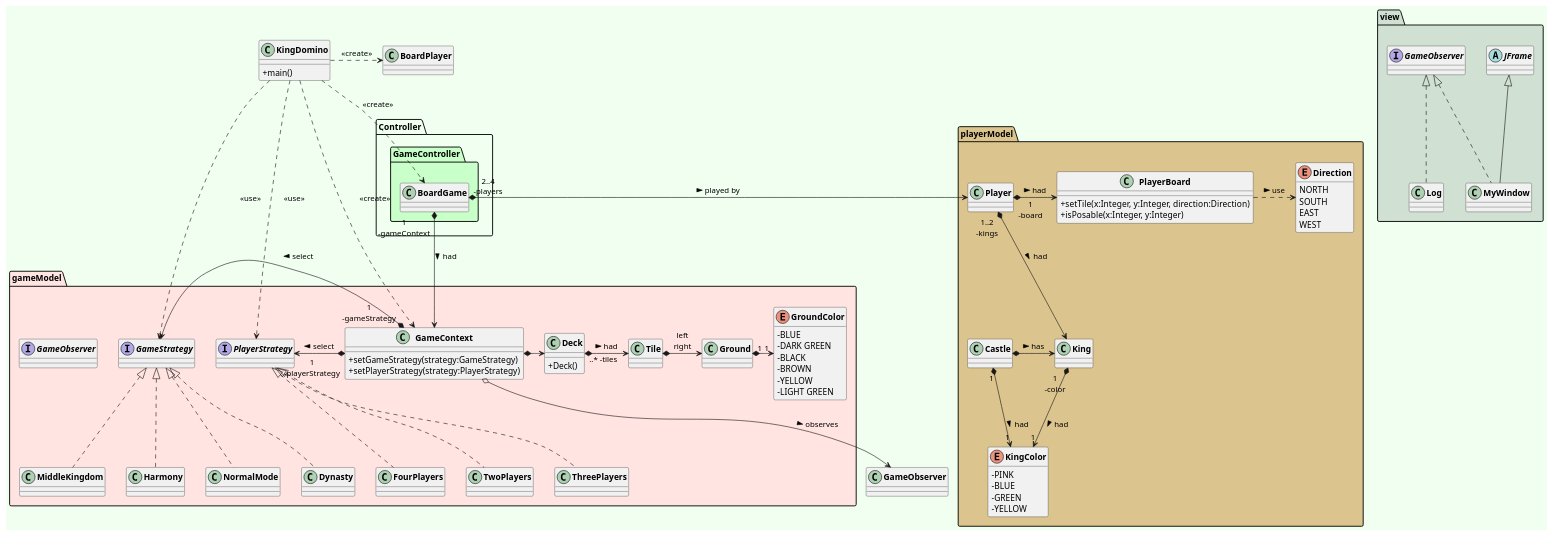
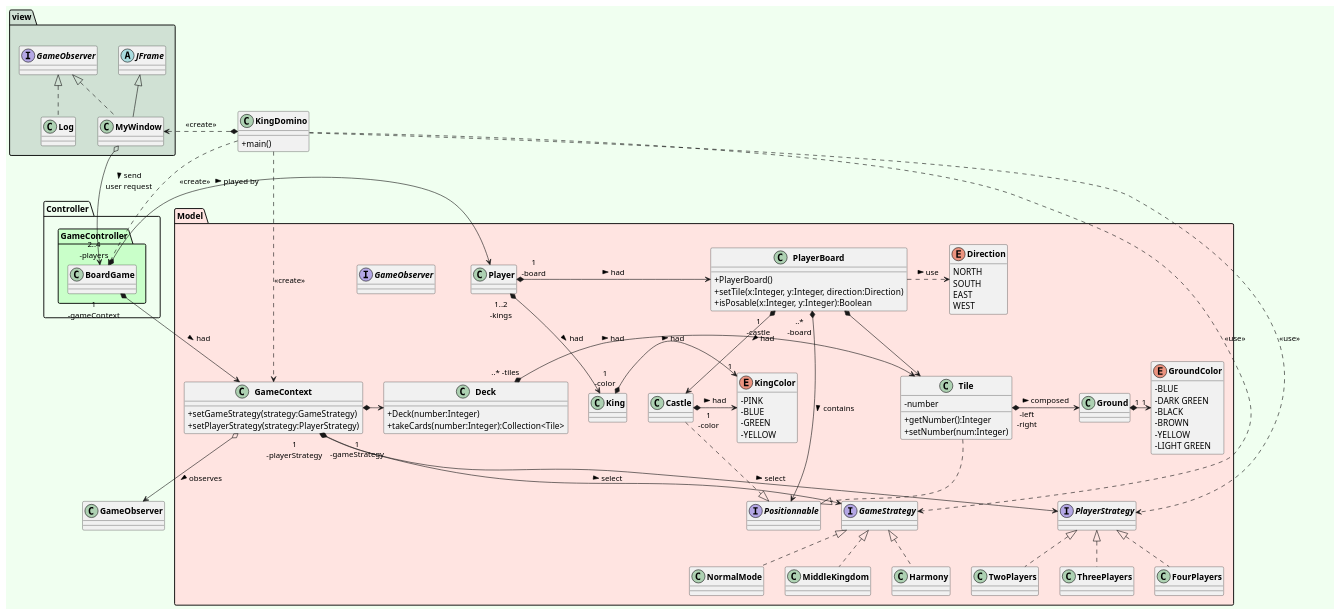
One commit to ErenMustafaGit/Kingdomino changed the diagram in kingdomino/UML/View.puml. Above: the diagram before and after it, drawn with PlantUML. The commit also changed 1 other file, not shown here.

Commit message:
Updated UML

```diff
--- a/kingdomino/UML/View.puml
+++ b/kingdomino/UML/View.puml
@@ -1,183 +1,192 @@
 @startuml
 'skinparam style strictuml
 skinparam classAttributeIconSize 0
 skinparam classFontStyle Bold
 hide enum methods
 skinparam BackgroundColor HoneyDew
 
 'class main qui va executer le jeu
 class KingDomino{
 +main()
 }
 
 
 package Controller{
 'package CONTROLLER
 package GameController #technology{
     ' plateau de jeu
     class BoardGame{
 
     }
 }
 
 }
 
-'package MODEL jeu
-package gameModel #mistyrose{
 
-
-
+package Model #mistyrose{
     'interface players
     interface PlayerStrategy{
 
     }
     class TwoPlayers implements PlayerStrategy{
 
     }
 
     class ThreePlayers implements PlayerStrategy{
     }
 
    class FourPlayers implements PlayerStrategy{
 
    }
 
 
 
     class Deck{
-        +Deck()
+        +Deck(number:Integer)
+        +takeCards(number:Integer):Collection<Tile>
     }
 
 
     'tuiles numéroté
-    class Tile{
+    class Tile {
+
+        -number
+        +getNumber():Integer
+        +setNumber(num:Integer)
 
     }
     'coté de la tuile (droite ou gauche)
     class Ground{
 
     }
     'couleur des cotés de la tuile
     enum GroundColor{
     -BLUE
     -DARK GREEN
     -BLACK
     -BROWN
     -YELLOW
     -LIGHT GREEN
     }
     'strategy permettant de pouvoir choisir le jeu qu'on veut
     interface GameStrategy{
 
     }
     'contexte du jeu
     class GameContext{
         +setGameStrategy(strategy:GameStrategy)
         +setPlayerStrategy(strategy:PlayerStrategy)
     }
     class NormalMode implements GameStrategy{
 
     }
     'classe dynastie
-    class Dynasty implements GameStrategy{
-
-    }
+    'class Dynasty implements GameStrategy{}
     'class empire du milieu
     class MiddleKingdom implements GameStrategy{
 
     }
 
     'class harmonie
     class Harmony implements GameStrategy{
 
     }
     'interface observer qui va permettre de notifier les changements
     interface GameObserver{
 'aussi le score final
     }
-}
-'package model joueur
-package playerModel #DCC48E{
+
+
+
+
     class PlayerBoard{
+        +PlayerBoard()
         +setTile(x:Integer, y:Integer, direction:Direction)
-        +isPosable(x:Integer, y:Integer)
+        +isPosable(x:Integer, y:Integer):Boolean
+    }
+    interface Positionnable{
+
     }
 
     enum Direction{
         NORTH
         SOUTH
         EAST
         WEST
     }
 
     'joueur
     class Player{
 
     }
 
     'roi
     class King{
     }
     'class chateau
-    class Castle{
+    class Castle {
 
     }
 
     'couleur du roi et du chateau
     enum KingColor{
     -PINK
     -BLUE
     -GREEN
     -YELLOW
     }
 }
 
 'package VIEW
 package view #D0E1D4{
     'application du jeu (design avec Swing)
     class MyWindow extends JFrame implements GameObserver{
 
     }
     'JFRAME
     abstract class JFrame{
     }
 
     'classe qui va permettre de notifier la partie utilisée et le score final en fin de partie
     class Log implements GameObserver{
 
     }
 }
 
 
+Tile ..|> Positionnable
+Castle ..|> Positionnable
+PlayerBoard "..*\n-board" *-r-> Positionnable : > contains
+
 Deck "..* -tiles" *-> Tile : > had
 Ground "1"*->"1"GroundColor
-Tile *->Ground : "left\nright"
+Tile *->Ground : "-left\n-right" > composed
 
 
 GameContext *-> Deck
-GameContext *-> GameStrategy  : "1\n-gameStrategy" > select
-GameContext *-> PlayerStrategy : "1\n-playerStrategy" > select
+GameContext *--> GameStrategy  : "1\n-gameStrategy" > select
+GameContext *--> PlayerStrategy : "1\n-playerStrategy" > select
 
 BoardGame  *-> Player : "2..4\n-players" > played by
 BoardGame *--> GameContext : "1\n-gameContext" > had
 
 Player *-> PlayerBoard : "1\n-board" > had
 Player  *--> King : "1..2\n-kings" > had
+PlayerBoard *--> Tile
+PlayerBoard "1\n-castle" *-> Castle : > had
 
 PlayerBoard .> Direction : > use
 
 
 
-King"1\n-color"*-->"1" KingColor: > had
-Castle"1"*-->"1"KingColor : > had
+King"1\n-color"*->"1" KingColor: > had
+Castle"1\n-color"*->KingColor : > had
 
-KingDomino .> BoardPlayer : <<create>>
 KingDomino..> BoardGame : <<create>>
 KingDomino.> PlayerStrategy : <<use>>
 KingDomino..> GameStrategy : <<use>>
-'KingDomino *.>MyWindow : <<create>>
-Castle *-> King: > has
+KingDomino *.>MyWindow : <<create>>
 KingDomino ..>GameContext : <<create>>
-'MyWindow o-> BoardGame : > send \nuser request
+MyWindow o-> BoardGame : > send \nuser request
 GameContext o-->GameObserver : > observes
 @enduml
```
